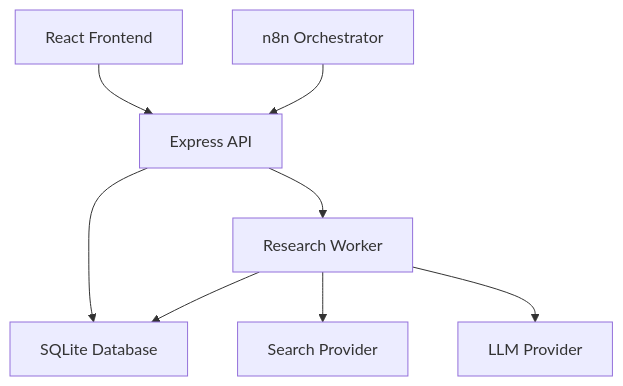
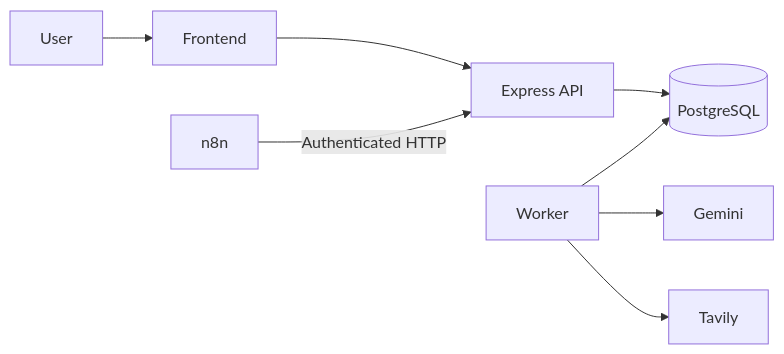
Before and after one commit to vanmo1202/AI-Research-Agent: the diagram in README.md, drawn with Mermaid. The commit also changed other lines of this file and 207 other files, not shown here.

Commit message:
feat: restore ResearchOS PostgreSQL backend and redesigned frontend

````diff
--- a/README.md
+++ b/README.md
@@ -37,10 +9,10 @@
 ```mermaid
-flowchart TD
-    A[React Frontend] --> B[Express API]
-    B --> C[SQLite Database]
-    B --> D[Research Worker]
-    D --> E[Search Provider]
-    D --> F[LLM Provider]
-    G[n8n Orchestrator] --> B
-    D --> C
+flowchart LR
+  User --> Frontend
+  Frontend --> API[Express API]
+  API --> PG[(PostgreSQL)]
+  Worker --> PG
+  Worker --> Gemini
+  Worker --> Tavily
+  n8n -->|Authenticated HTTP| API
 ```
````
